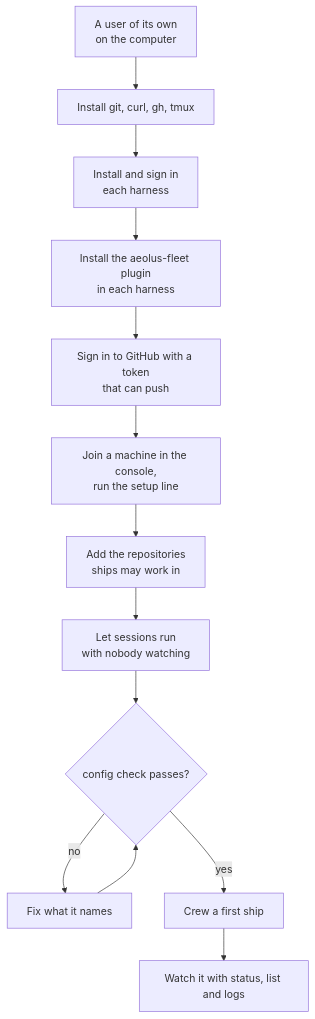
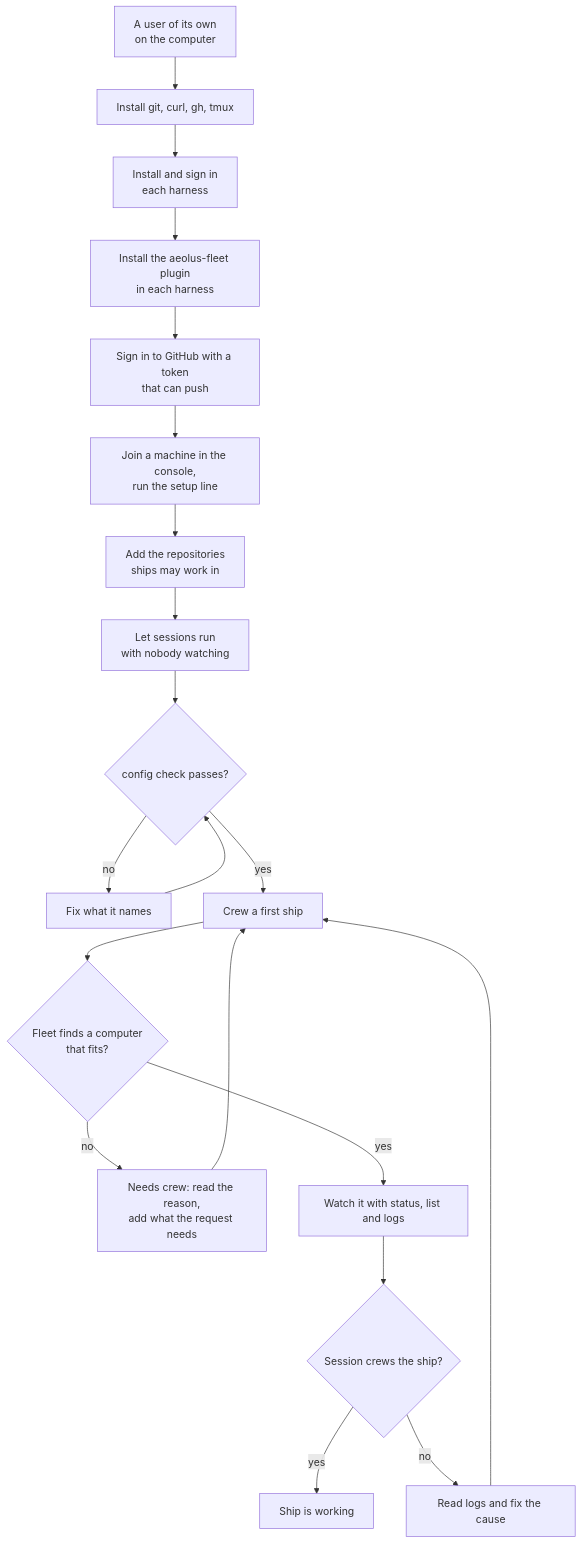
One commit to ThomasHendrickx/aeolus-fleet-trierarch changed the second of 3 diagrams in docs/guide/setup.md. Above: the diagram before and after it, drawn with Mermaid. The commit also changed 1 other file, not shown here.

Commit message:
Document setup and crew paths in diagrams

````diff
--- a/docs/guide/setup.md
+++ b/docs/guide/setup.md
@@ -49,14 +49,19 @@
 ```mermaid
 flowchart TD
     user["A user of its own<br/>on the computer"] --> tools["Install git, curl, gh, tmux"]
     tools --> harnesses["Install and sign in<br/>each harness"]
     harnesses --> plugin["Install the aeolus-fleet plugin<br/>in each harness"]
     plugin --> github["Sign in to GitHub with a token<br/>that can push"]
     github --> join["Join a machine in the console,<br/>run the setup line"]
     join --> places["Add the repositories<br/>ships may work in"]
     places --> unattended["Let sessions run<br/>with nobody watching"]
     unattended --> check{"config check passes?"}
     check -->|no| fix["Fix what it names"] --> check
     check -->|yes| first["Crew a first ship"]
-    first --> watch["Watch it with status, list and logs"]
+    first --> placed{"Fleet finds a computer<br/>that fits?"}
+    placed -->|no| needs["Needs crew: read the reason,<br/>add what the request needs"] --> first
+    placed -->|yes| watch["Watch it with status, list and logs"]
+    watch --> running{"Session crews the ship?"}
+    running -->|yes| done["Ship is working"]
+    running -->|no| logs["Read logs and fix the cause"] --> first
 ```
````
